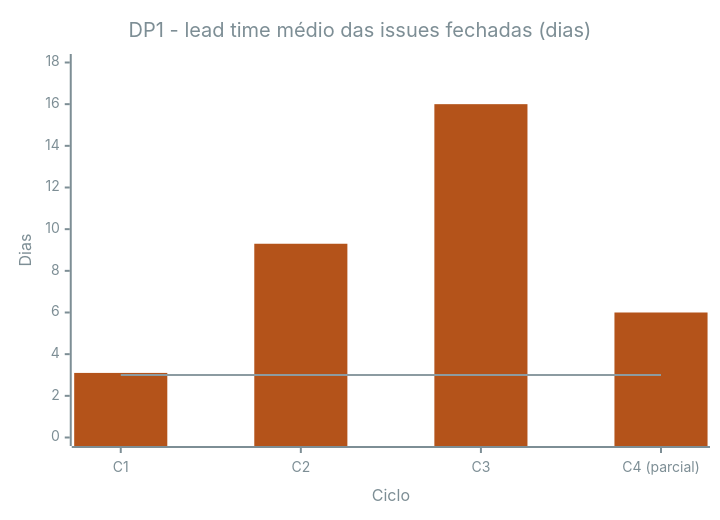
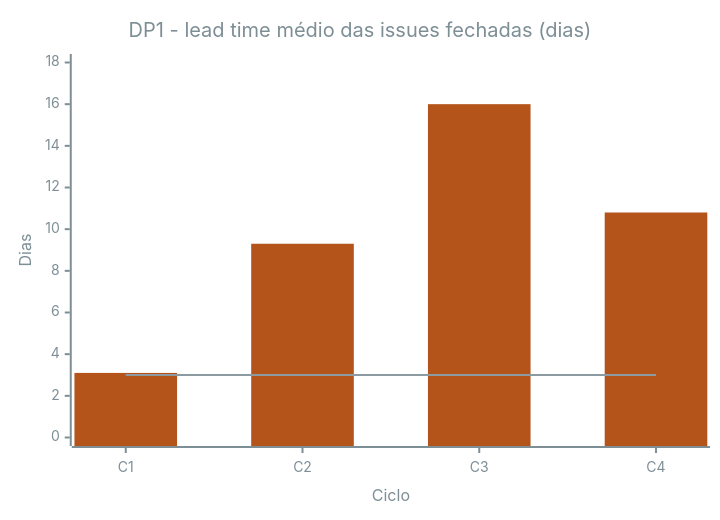
Before and after one commit to FCTE-Qualidade-de-Software-1/2026-2_T02_FRANCES_ALLEN: diagram 28 of 29 in docs/gestao/registro-de-medicoes.md, drawn with Mermaid. The commit also changed other lines of this file and 2 other files, not shown here.

First line of the commit message:
PSM: fechamento do ciclo 4 e coleta parcial do ciclo 5

````diff
--- a/docs/gestao/registro-de-medicoes.md
+++ b/docs/gestao/registro-de-medicoes.md
@@ -834,24 +1029,24 @@
 ```mermaid
 ---
 config:
   themeVariables:
     xyChart:
       plotColorPalette: "#B4531A, #8C9BA1"
       titleColor: "#7D8E95"
       xAxisLabelColor: "#7D8E95"
       xAxisTitleColor: "#7D8E95"
       xAxisLineColor: "#7D8E95"
       xAxisTickColor: "#7D8E95"
       yAxisLabelColor: "#7D8E95"
       yAxisTitleColor: "#7D8E95"
       yAxisLineColor: "#7D8E95"
       yAxisTickColor: "#7D8E95"
       backgroundColor: "transparent"
 ---
 xychart-beta
     title "DP1 - lead time médio das issues fechadas (dias)"
-    x-axis "Ciclo" ["C1", "C2", "C3", "C4 (parcial)"]
+    x-axis "Ciclo" ["C1", "C2", "C3", "C4"]
     y-axis "Dias" 0 --> 18
-    bar [3.1, 9.3, 16.0, 6.0]
+    bar [3.1, 9.3, 16.0, 10.8]
     line [3, 3, 3, 3]
 ```
````
